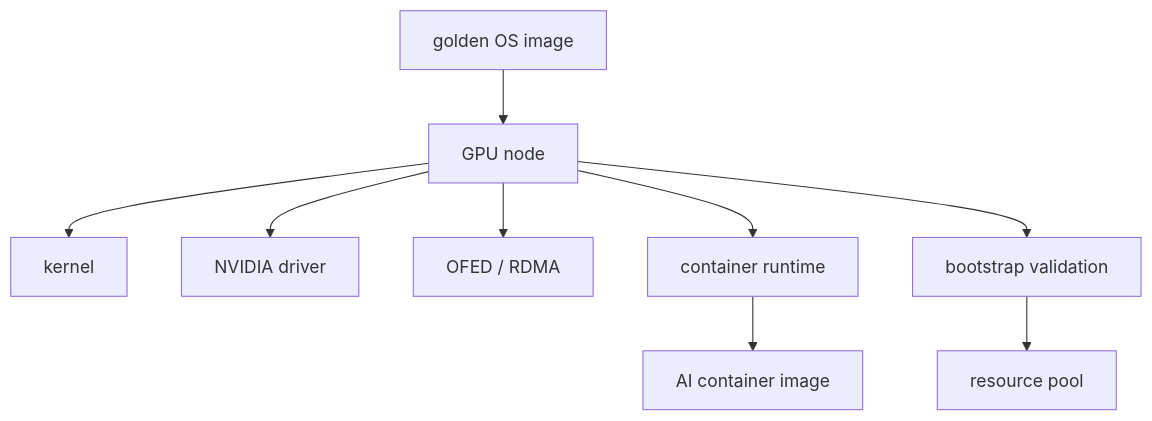
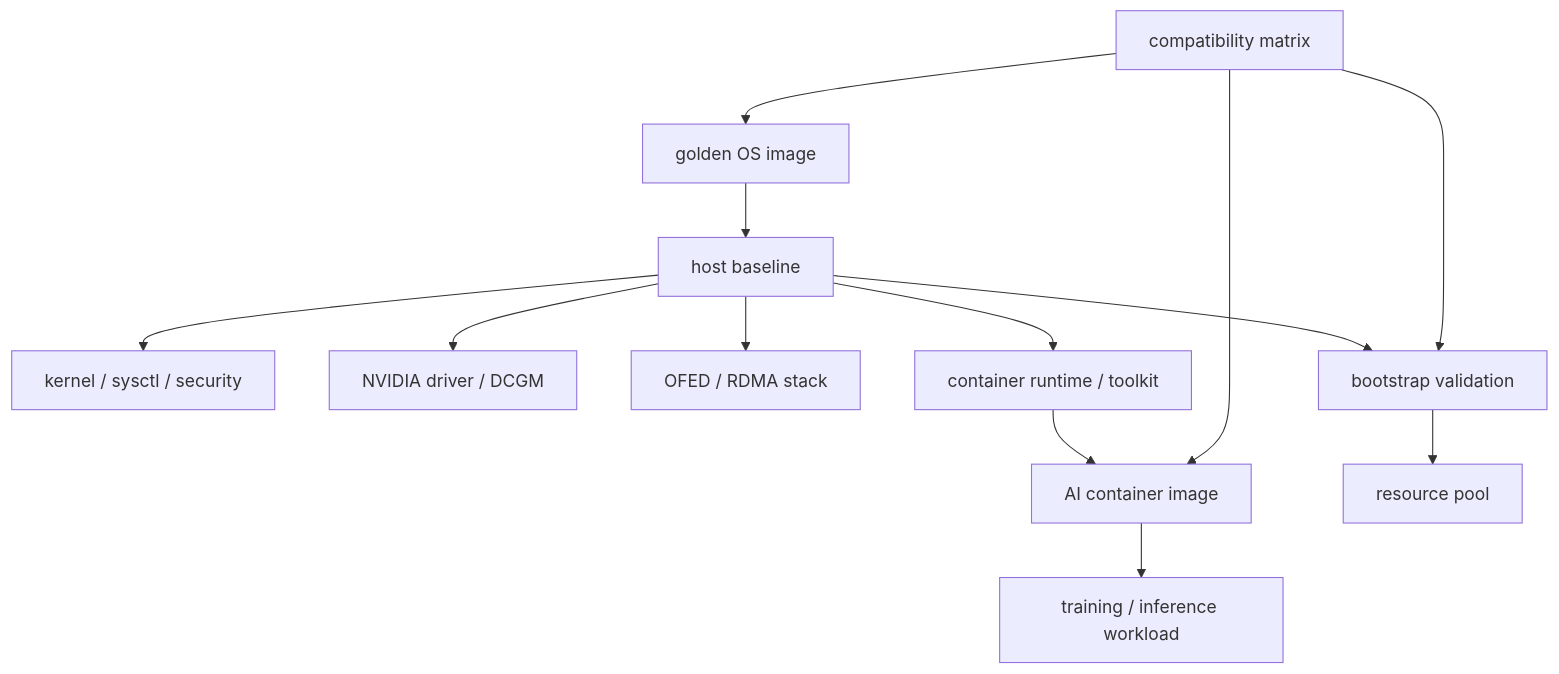
Before and after one commit to ikingye/ai-factory-engineering: the diagram in docs/part-06-gpu-iaas/chapter-29-image-driver-bootstrap.md, drawn with Mermaid. The commit also changed other lines of this file and 3 other files, not shown here.

````diff
--- a/docs/part-06-gpu-iaas/chapter-29-image-driver-bootstrap.md
+++ b/docs/part-06-gpu-iaas/chapter-29-image-driver-bootstrap.md
@@ -23,11 +47,15 @@
 ```mermaid
 flowchart TB
-  Golden["golden OS image"] --> Node["GPU node"]
-  Node --> Kernel["kernel"]
-  Node --> Driver["NVIDIA driver"]
-  Node --> RDMA["OFED / RDMA"]
-  Node --> Runtime["container runtime"]
+  Golden["golden OS image"] --> Host["host baseline"]
+  Host --> Kernel["kernel / sysctl / security"]
+  Host --> Driver["NVIDIA driver / DCGM"]
+  Host --> RDMA["OFED / RDMA stack"]
+  Host --> Runtime["container runtime / toolkit"]
   Runtime --> Image["AI container image"]
-  Node --> Validate["bootstrap validation"]
+  Image --> Workload["training / inference workload"]
+  Host --> Validate["bootstrap validation"]
   Validate --> Pool["resource pool"]
+  Matrix["compatibility matrix"] --> Golden
+  Matrix --> Image
+  Matrix --> Validate
 ```
````
